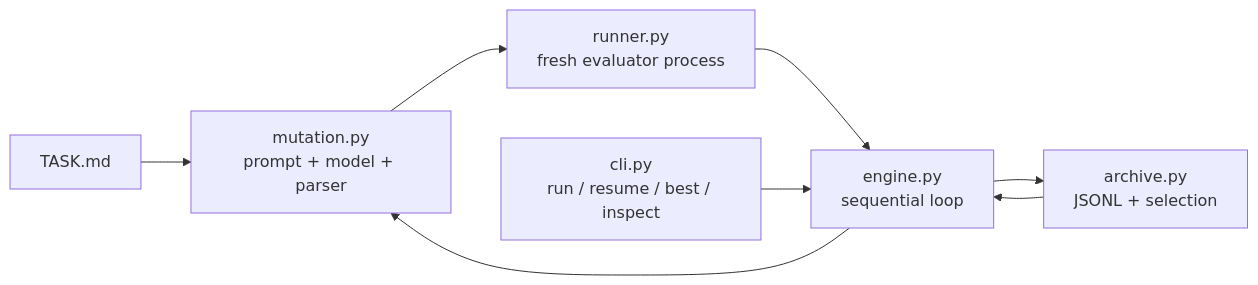
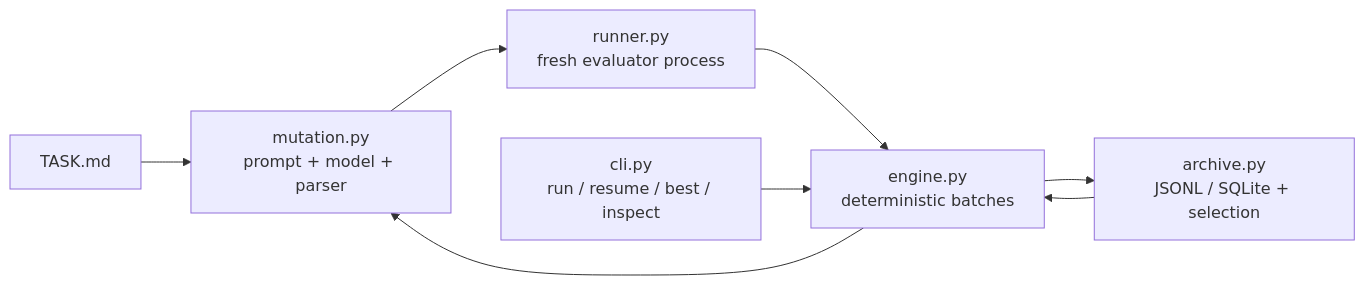
The diagram in README.md (BokaiGuo-Lincoln/nanoevolve), drawn with Mermaid before and after one commit. The commit also changed other lines of this file and 20 other files, not shown here.

Commit message:
feat: complete NanoEvolve v0.4 roadmap

````diff
--- a/README.md
+++ b/README.md
@@ -191,10 +217,10 @@
 ```mermaid
 flowchart LR
     Task["TASK.md"] --> Mutation["mutation.py<br/>prompt + model + parser"]
-    Archive["archive.py<br/>JSONL + selection"] --> Engine["engine.py<br/>sequential loop"]
+    Archive["archive.py<br/>JSONL / SQLite + selection"] --> Engine["engine.py<br/>deterministic batches"]
     Engine --> Mutation
     Mutation --> Runner["runner.py<br/>fresh evaluator process"]
     Runner --> Engine
     Engine --> Archive
     CLI["cli.py<br/>run / resume / best / inspect"] --> Engine
 ```
````
